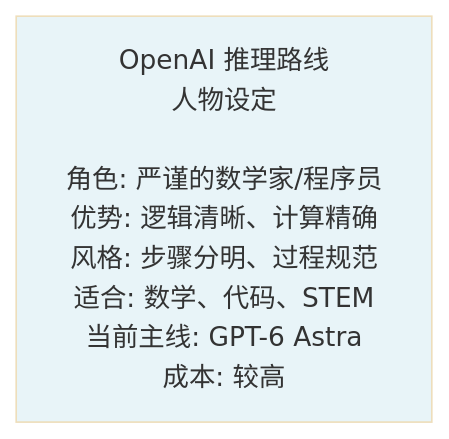
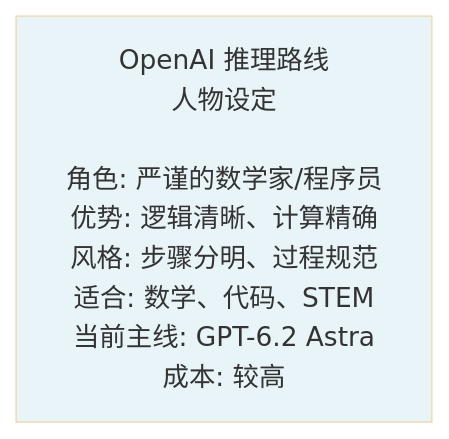
Before and after one commit to yeasy/ai_beginner_guide: the second of 9 diagrams in 07_reasoning_models/7.4_major_reasoning_models.md, drawn with Mermaid (base theme). The commit also changed other lines of this file and 4 other files, not shown here.

First line of the commit message:
docs(facts): GPT-6.2 Astra/Sol and Gemini 4 Carbon/Hydrogen join the current lineup

````diff
--- a/07_reasoning_models/7.4_major_reasoning_models.md
+++ b/07_reasoning_models/7.4_major_reasoning_models.md
@@ -30,5 +30,5 @@
 ```mermaid
 graph LR
-    A["OpenAI 推理路线<br/>人物设定<br/><br/>角色: 严谨的数学家/程序员<br/>优势: 逻辑清晰、计算精确<br/>风格: 步骤分明、过程规范<br/>适合: 数学、代码、STEM<br/>当前主线: GPT-6 Astra<br/>成本: 较高"]
+    A["OpenAI 推理路线<br/>人物设定<br/><br/>角色: 严谨的数学家/程序员<br/>优势: 逻辑清晰、计算精确<br/>风格: 步骤分明、过程规范<br/>适合: 数学、代码、STEM<br/>当前主线: GPT-6.2 Astra<br/>成本: 较高"]
     style A fill:#E8F4F8
 ```
````
